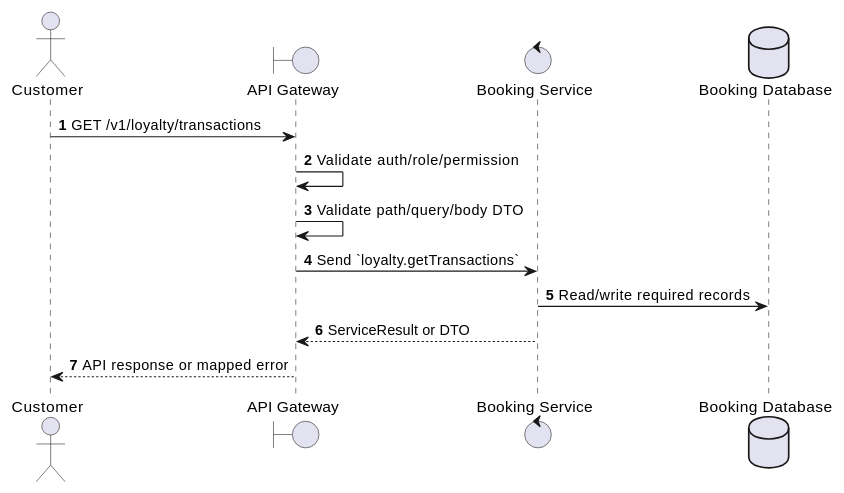
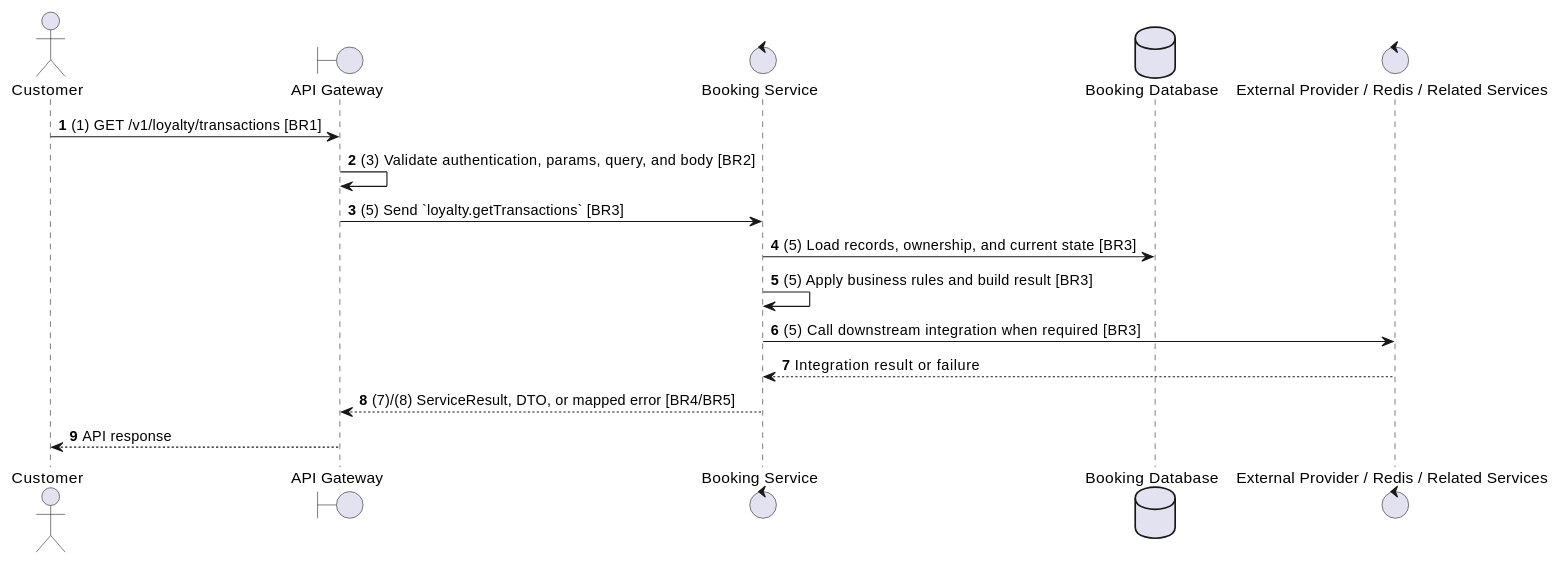
The second of 2 diagrams in docs/functional_specs/3.11_Loyalty_Points_Module/LY-02_Get_Transaction_History.md (Tanh1603/movie-hub-architecture), drawn with PlantUML before and after one commit. The commit also changed other lines of this file and 129 other files, not shown here.

````diff
--- a/docs/functional_specs/3.11_Loyalty_Points_Module/LY-02_Get_Transaction_History.md
+++ b/docs/functional_specs/3.11_Loyalty_Points_Module/LY-02_Get_Transaction_History.md
@@ -17,17 +64,20 @@
 ```plantuml
 @startuml
 autonumber
 actor "Customer" as Actor
 boundary "API Gateway" as GW
 control "Booking Service" as SVC
 database "Booking Database" as DB
+control "External Provider / Redis / Related Services" as EXT
 
-Actor -> GW: GET /v1/loyalty/transactions
-GW -> GW: Validate auth/role/permission
-GW -> GW: Validate path/query/body DTO
-GW -> SVC: Send `loyalty.getTransactions`
-SVC -> DB: Read/write required records
-SVC --> GW: ServiceResult or DTO
-GW --> Actor: API response or mapped error
+Actor -> GW: (1) GET /v1/loyalty/transactions [BR1]
+GW -> GW: (3) Validate authentication, params, query, and body [BR2]
+GW -> SVC: (5) Send `loyalty.getTransactions` [BR3]
+SVC -> DB: (5) Load records, ownership, and current state [BR3]
+SVC -> SVC: (5) Apply business rules and build result [BR3]
+SVC -> EXT: (5) Call downstream integration when required [BR3]
+EXT --> SVC: Integration result or failure
+SVC --> GW: (7)/(8) ServiceResult, DTO, or mapped error [BR4/BR5]
+GW --> Actor: API response
 @enduml
 ```
````
